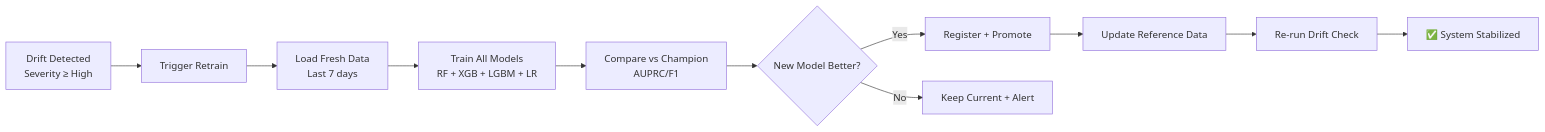
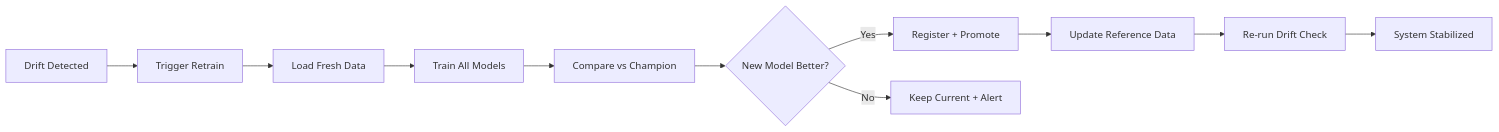
One commit to sheriff786/drift-taxonomy-engine changed the seventh of 7 diagrams in README.md. Above: the diagram before and after it, drawn with Mermaid. The commit also changed other lines of this file and 1 other file, not shown here.

````diff
--- a/README.md
+++ b/README.md
@@ -540,13 +497,13 @@
 ```mermaid
-flowchart LR
-    A[Drift Detected<br>Severity ≥ High] --> B[Trigger Retrain]
-    B --> C[Load Fresh Data<br>Last 7 days]
-    C --> D[Train All Models<br>RF + XGB + LGBM + LR]
-    D --> E[Compare vs Champion<br>AUPRC/F1]
+graph LR
+    A[Drift Detected] --> B[Trigger Retrain]
+    B --> C[Load Fresh Data]
+    C --> D[Train All Models]
+    D --> E[Compare vs Champion]
     E --> F{New Model Better?}
     F -->|Yes| G[Register + Promote]
     F -->|No| H[Keep Current + Alert]
     G --> I[Update Reference Data]
     I --> J[Re-run Drift Check]
-    J --> K[✅ System Stabilized]
+    J --> K[System Stabilized]
 ```
````
